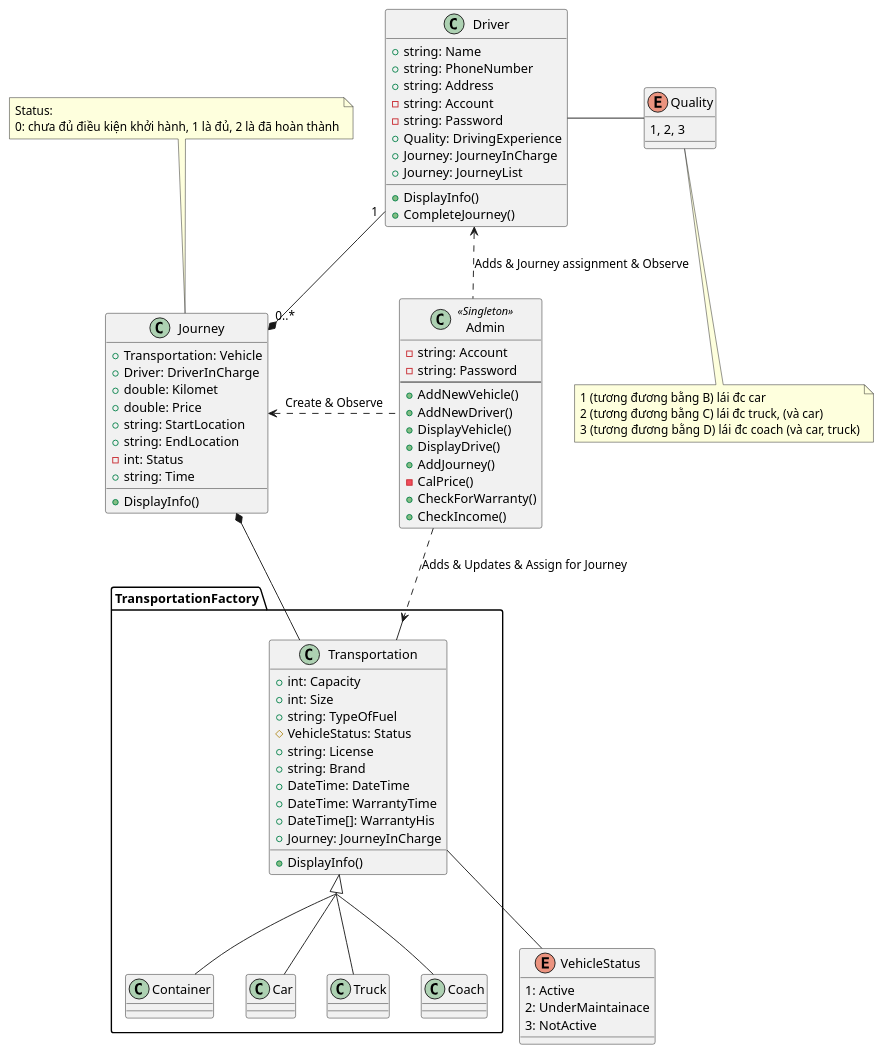
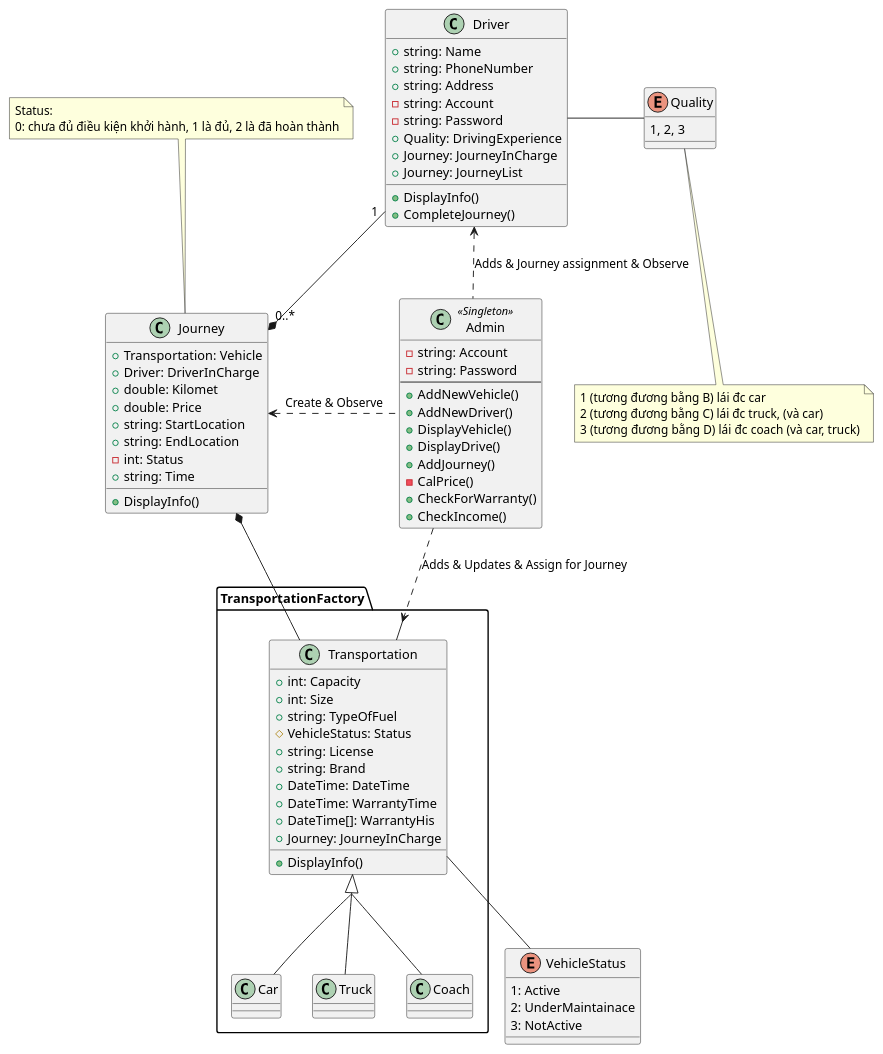
One commit to SirGreen/BTL-LTNC changed the diagram in Diagram/BTL-LTNC.plantuml. Above: the diagram before and after it, drawn with PlantUML. The commit also changed 2 other files, not shown here.

Commit message:
update diagram

```diff
--- a/Diagram/BTL-LTNC.plantuml
+++ b/Diagram/BTL-LTNC.plantuml
@@ -1,103 +1,99 @@
 @startuml quan_ly_xe
 skinparam groupInheritance 3
 
 package TransportationFactory <<Folder>>{
 
     class Transportation{
         + int: Capacity
         + int: Size
         + string: TypeOfFuel
         # VehicleStatus: Status
         + string: License
         + string: Brand
         + DateTime: DateTime
         + DateTime: WarrantyTime
         + DateTime[]: WarrantyHis
         + Journey: JourneyInCharge
         + DisplayInfo()
-    }
-
-    class Container{  
     }
 
     class Car{
     }
 
     class Truck{
     }
 
     class Coach {
     }
 }
 
 enum VehicleStatus{
     1: Active
     2: UnderMaintainace
     3: NotActive
 }
 class Driver{
     + string: Name
     + string: PhoneNumber
     + string: Address
     - string: Account
     - string: Password
     + Quality: DrivingExperience
     + Journey: JourneyInCharge
     + Journey: JourneyList
     + DisplayInfo()
     + CompleteJourney() 
 }
 
 class Journey{
     + Transportation: Vehicle
     + Driver: DriverInCharge
     + double: Kilomet
     + double: Price
     + string: StartLocation
     + string: EndLocation
     - int: Status
     + string: Time
     + DisplayInfo()
 }
 
 note top of Journey
 Status:
 0: chưa đủ điều kiện khởi hành, 1 là đủ, 2 là đã hoàn thành
 end note
 
 class Admin <<Singleton>>{
     - string: Account
     - string: Password
     --
     + AddNewVehicle()
     + AddNewDriver()
     + DisplayVehicle()
     + DisplayDrive()
     + AddJourney()
     - CalPrice()
     + CheckForWarranty()
     + CheckIncome()
 }
 
 enum Quality{
     1, 2, 3
 }
 
 note bottom of Quality
 1 (tương đương bằng B) lái đc car 
 2 (tương đương bằng C) lái đc truck, (và car)
 3 (tương đương bằng D) lái đc coach (và car, truck)
 end note
 
 Transportation <|-- Truck
 Transportation <|-- Car
 Transportation <|-- Coach
-Transportation <|-- Container
 Driver -right- Quality
 Driver "1"-down-* "0..*"Journey
 VehicleStatus -up- Transportation
 Admin -down[dashed]-> Transportation: Adds & Updates & Assign for Journey
 Admin -left[dashed]-> Driver: Adds & Journey assignment & Observe
 Journey <-right[dashed]- Admin: Create & Observe
 Transportation -left-*Journey
 @enduml
```
